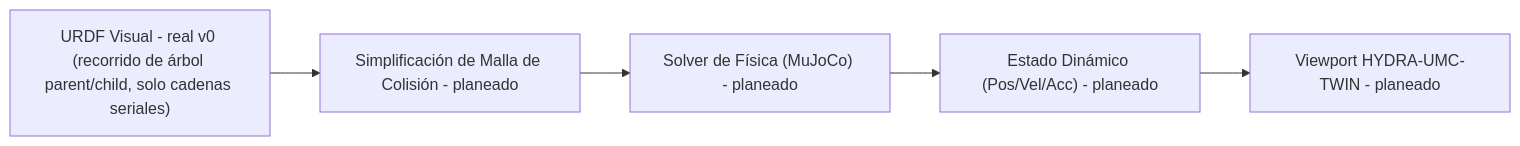
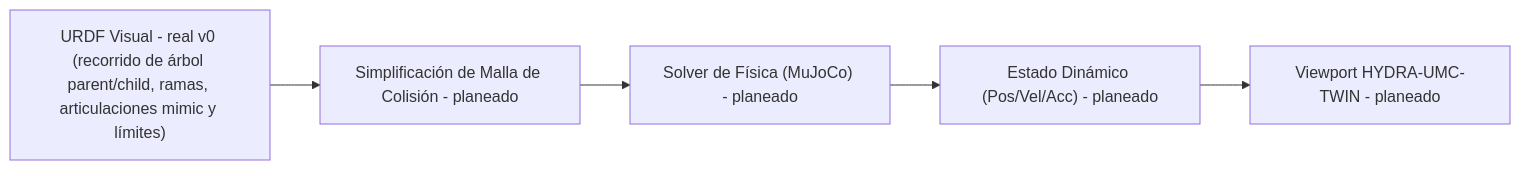
One commit to JuanenRac/HYDRA-UMC-PHYSICS-REPLICA changed the diagram in README_spa.md. Above: the diagram before and after it, drawn with Mermaid. The commit also changed other lines of this file and 15 other files, not shown here.

Commit message:
Read a branching URDF whole, follow mimic joints and check soft, velocity and effort limits

````diff
--- a/README_spa.md
+++ b/README_spa.md
@@ -57,7 +57,7 @@
 ```mermaid
 flowchart LR
-    URDF["URDF Visual - real v0 (recorrido de árbol parent/child, solo cadenas seriales)"] --> MESH["Simplificación de Malla de Colisión - planeado"]
+    URDF["URDF Visual - real v0 (recorrido de árbol parent/child, ramas, articulaciones mimic y límites)"] --> MESH["Simplificación de Malla de Colisión - planeado"]
     MESH --> SOLVE["Solver de Física (MuJoCo) - planeado"]
     SOLVE --> DYN["Estado Dinámico (Pos/Vel/Acc) - planeado"]
     DYN --> TWIN["Viewport HYDRA-UMC-TWIN - planeado"]
 ```
````
